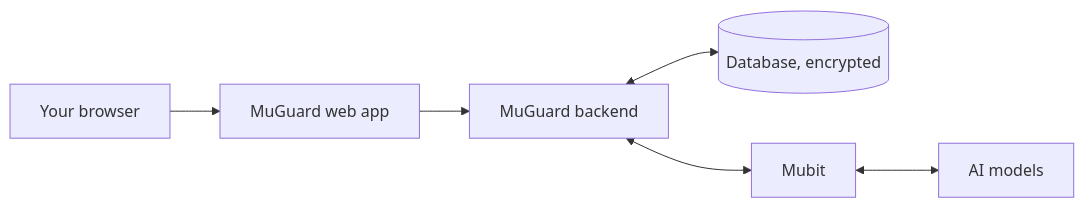
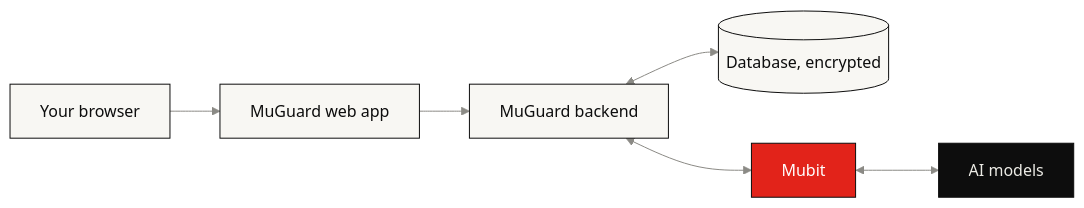
Before and after one commit to kolyamkl/night-shift: the first of 4 diagrams in README.md, drawn with Mermaid. The commit also changed other lines of this file and 12 other files, not shown here.

First line of the commit message:
README in the landing page's style: pixel scenes instead of grey diagrams

````diff
--- a/README.md
+++ b/README.md
@@ -35,8 +63,13 @@
 ```mermaid
+%%{init: {"theme": "base", "themeVariables": {"fontFamily": "ui-monospace, SFMono-Regular, Menlo, monospace", "primaryColor": "#f8f7f3", "primaryTextColor": "#0d0d0d", "primaryBorderColor": "#0d0d0d", "lineColor": "#8b8a85", "clusterBkg": "#ecebe5", "clusterBorder": "#0d0d0d", "edgeLabelBackground": "#ecebe5"}}}%%
 flowchart LR
     U["Your browser"] --> W["MuGuard web app"]
     W --> API["MuGuard backend"]
     API <--> DB[("Database, encrypted")]
     API <--> M["Mubit"]
     M <--> AI["AI models"]
+    classDef mubit fill:#e2231a,stroke:#0d0d0d,color:#ffffff
+    classDef ink fill:#0d0d0d,stroke:#0d0d0d,color:#ecebe5
+    class M mubit
+    class AI ink
 ```
````
